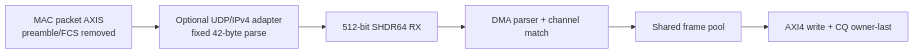
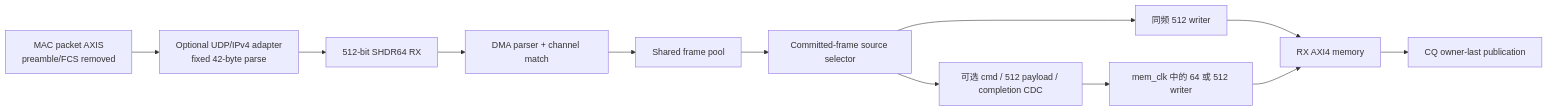
Before and after one commit to ichigo-6301/slvc-dma-open: the diagram in docs/zh-CN/architecture.md, drawn with Mermaid. The commit also changed other lines of this file and 35 other files, not shown here.

Commit message:
docs: bind RX payload CDC profile evidence

````diff
--- a/docs/zh-CN/architecture.md
+++ b/docs/zh-CN/architecture.md
@@ -26,8 +27,14 @@
 ```mermaid
 flowchart LR
     MAC["MAC packet AXIS<br/>preamble/FCS removed"] --> UDP["Optional UDP/IPv4 adapter<br/>fixed 42-byte parse"]
     UDP --> SHDR["512-bit SHDR64 RX"]
     SHDR --> PARSER["DMA parser + channel match"]
     PARSER --> POOL["Shared frame pool"]
-    POOL --> DDR["AXI4 write + CQ owner-last"]
+    POOL --> SEL["Committed-frame source selector"]
+    SEL --> DIRECT["同频 512 writer"]
+    SEL --> CDC["可选 cmd / 512 payload / completion CDC"]
+    CDC --> MEM["mem_clk 中的 64 或 512 writer"]
+    DIRECT --> DDR["RX AXI4 memory"]
+    MEM --> DDR
+    DDR --> CQ["CQ owner-last publication"]
 ```
````
